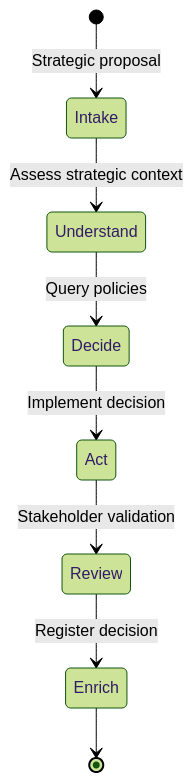
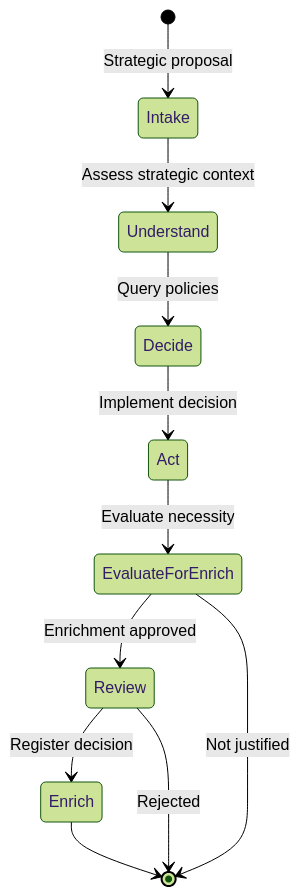
Diagram 11 of 14 in ZWF_ZION_WORKFLOW_FRAMEWORK.md (netomantonio/matrix-protocol), drawn with Mermaid (forest theme) before and after one commit. The commit also changed other lines of this file, not shown here.

````diff
--- a/ZWF_ZION_WORKFLOW_FRAMEWORK.md
+++ b/ZWF_ZION_WORKFLOW_FRAMEWORK.md
@@ -1590,10 +2134,13 @@
 ```mermaid
 stateDiagram-v2
     [*] --> Intake: Strategic proposal
     Intake --> Understand: Assess strategic context
     Understand --> Decide: Query policies
     Decide --> Act: Implement decision
-    Act --> Review: Stakeholder validation
+    Act --> EvaluateForEnrich: Evaluate necessity
+    EvaluateForEnrich --> Review: Enrichment approved
     Review --> Enrich: Register decision
+    Review --> [*]: Rejected
+    EvaluateForEnrich --> [*]: Not justified
     Enrich --> [*]
 ```
````
